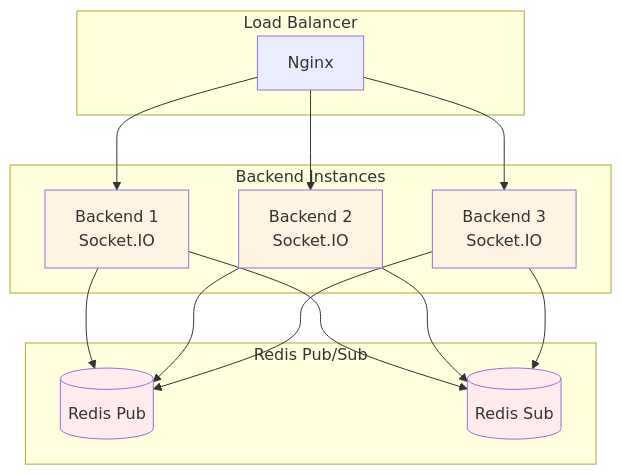
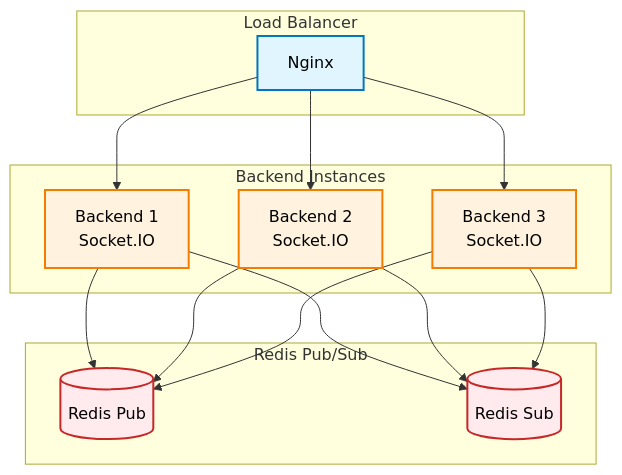
Before and after one commit to hamza-berahma/set-game: the fourth of 4 diagrams in docs/backend/README.md, drawn with Mermaid. The commit also changed other lines of this file and 7 other files, not shown here.

````diff
--- a/docs/backend/README.md
+++ b/docs/backend/README.md
@@ -549,34 +585,36 @@
 ```mermaid
 graph TB
     subgraph LoadBalancer[Load Balancer]
         LB[Nginx]
     end
     
     subgraph BackendInstances[Backend Instances]
         BE1[Backend 1<br/>Socket.IO]
         BE2[Backend 2<br/>Socket.IO]
         BE3[Backend 3<br/>Socket.IO]
     end
     
     subgraph RedisLayer[Redis Pub/Sub]
         RedisPub[(Redis Pub)]
         RedisSub[(Redis Sub)]
     end
     
     LB --> BE1
     LB --> BE2
     LB --> BE3
     
     BE1 --> RedisPub
     BE1 --> RedisSub
     BE2 --> RedisPub
     BE2 --> RedisSub
     BE3 --> RedisPub
     BE3 --> RedisSub
     
-    style BE1 fill:#fff4e1
-    style BE2 fill:#fff4e1
-    style BE3 fill:#fff4e1
-    style RedisPub fill:#ffebee
-    style RedisSub fill:#ffebee
+    classDef loadbalancer fill:#E1F5FE,stroke:#0277BD,stroke-width:2px,color:#000
+    classDef backend fill:#FFF3E0,stroke:#F57C00,stroke-width:2px,color:#000
+    classDef redis fill:#FFEBEE,stroke:#C62828,stroke-width:2px,color:#000
+    
+    class LB loadbalancer
+    class BE1,BE2,BE3 backend
+    class RedisPub,RedisSub redis
 ```
````
